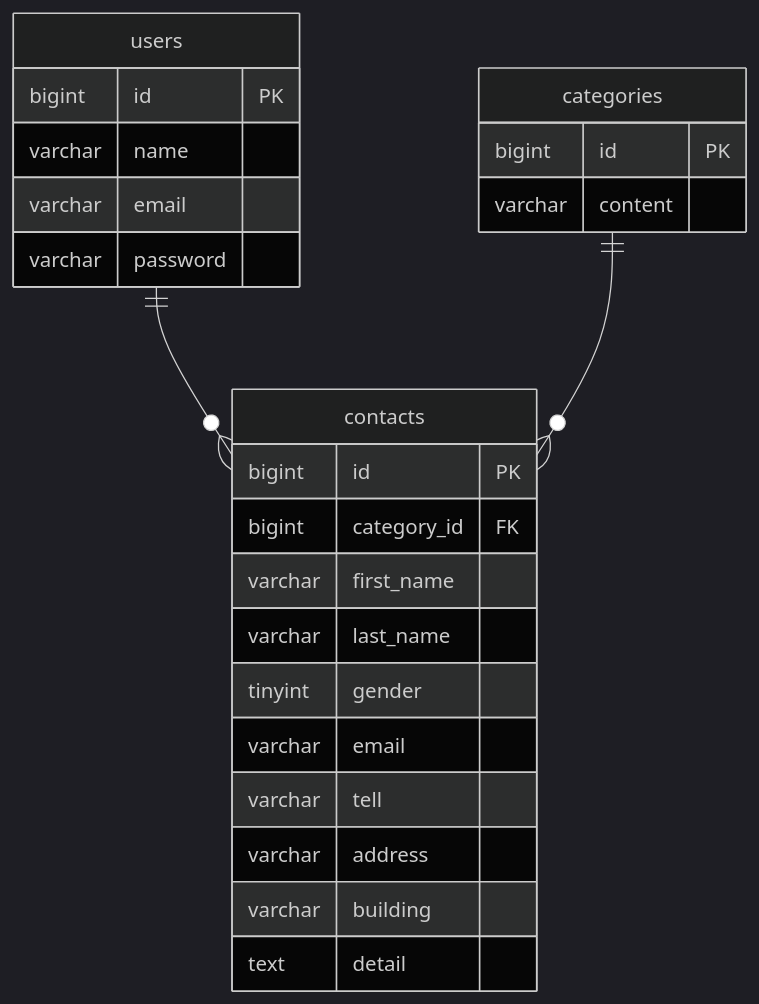
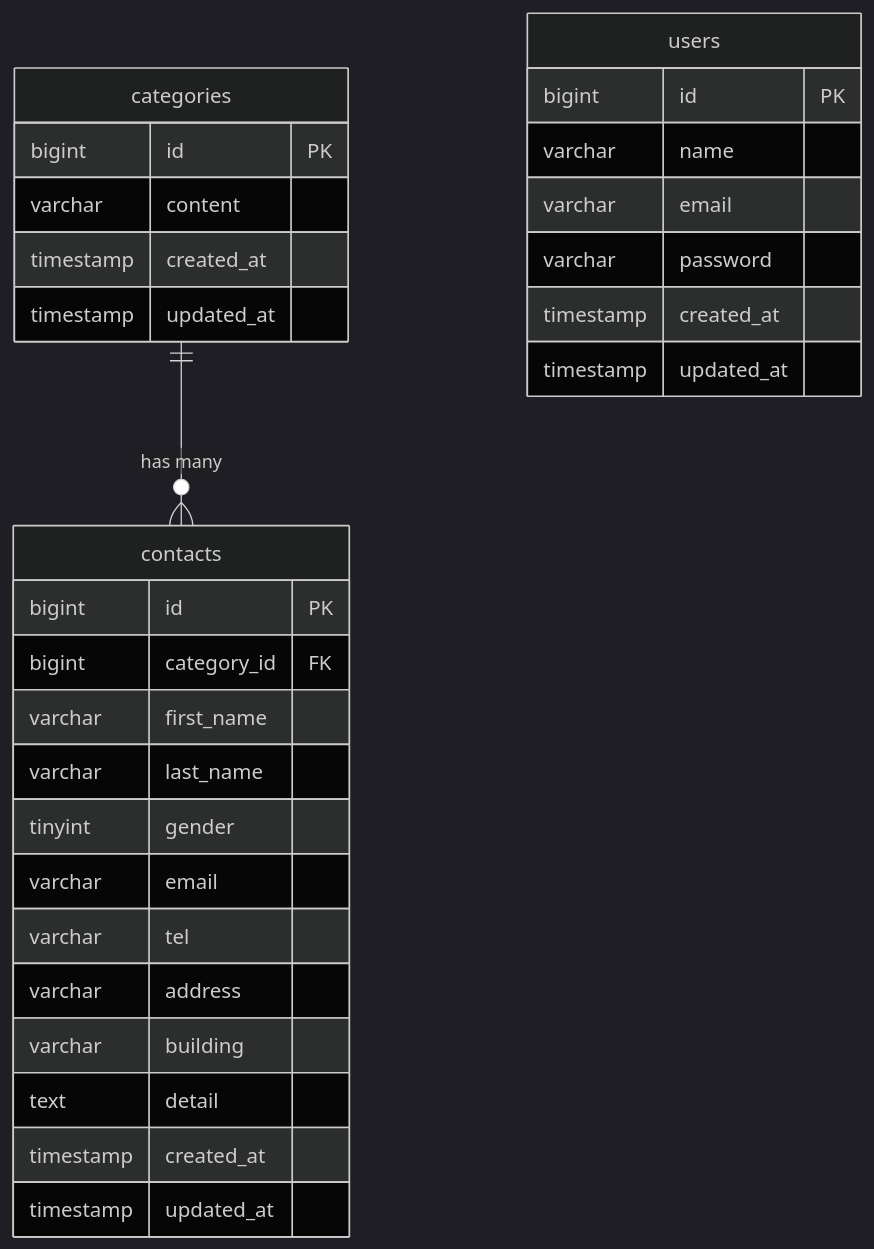
The diagram in README.md (akigti0159/contact-form-app), drawn with Mermaid (dark theme) before and after one commit. The commit also changed other lines of this file and 6 other files, not shown here.

````diff
--- a/README.md
+++ b/README.md
@@ -13,27 +13,32 @@
 ```mermaid
 erDiagram
-    users ||--o{ contacts : ""
-    categories ||--o{ contacts : ""
+    categories ||--o{ contacts : "has many"
     users {
         bigint id PK
         varchar name
         varchar email
         varchar password
+        timestamp created_at
+        timestamp updated_at
     }
     categories {
         bigint id PK
         varchar content
+        timestamp created_at
+        timestamp updated_at
     }
     contacts {
         bigint id PK
         bigint category_id FK
         varchar first_name
         varchar last_name
         tinyint gender
         varchar email
-        varchar tell
+        varchar tel
         varchar address
         varchar building
         text detail
+        timestamp created_at
+        timestamp updated_at
     }
 ```
````
